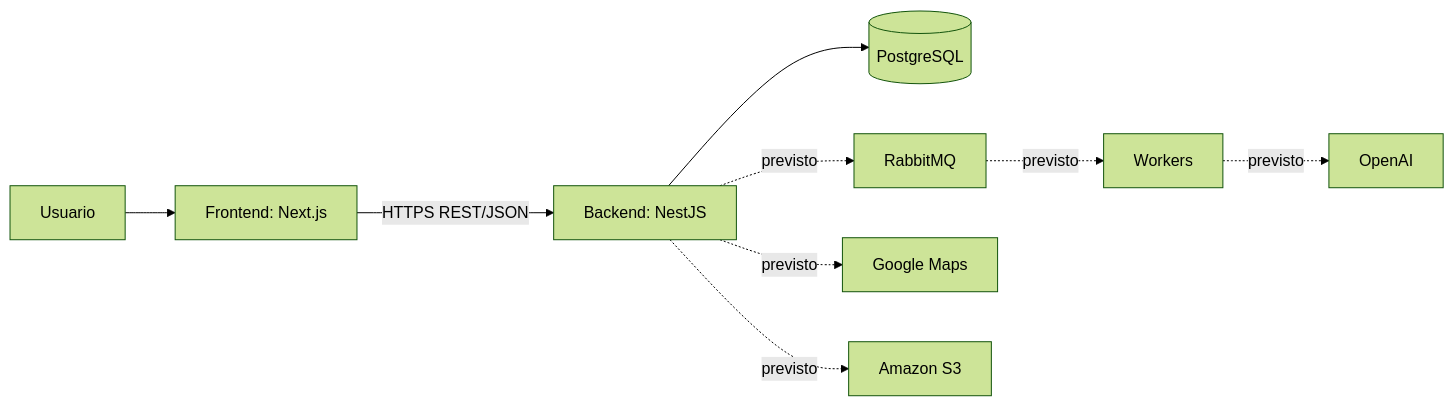
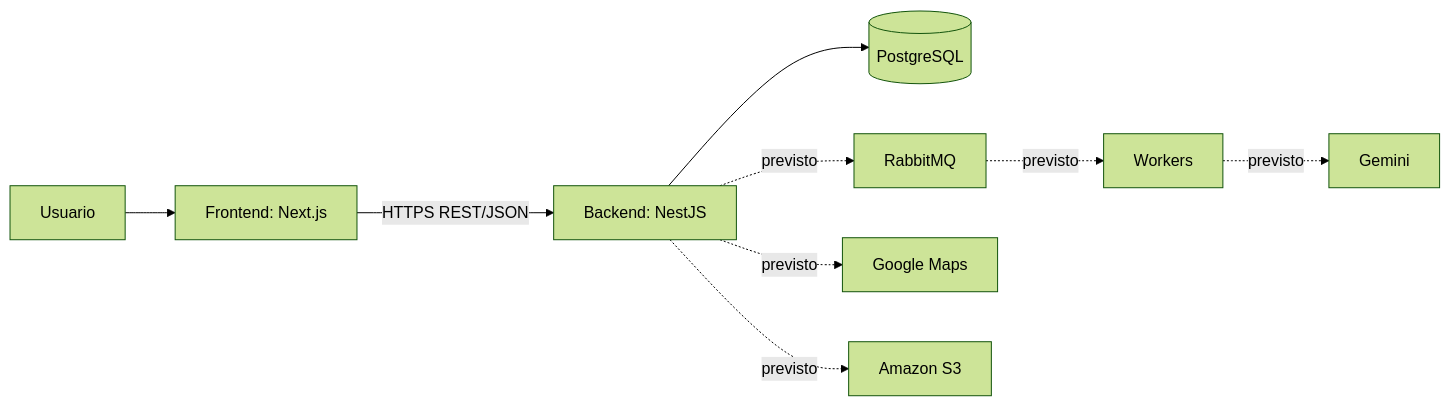
Before and after one commit to SmartPlan-UTN/SmartPlan-back: the diagram in docs/arquitectura.md, drawn with Mermaid (forest theme). The commit also changed other lines of this file and 15 other files, not shown here.

First line of the commit message:
Retirar OpenAI del repo: Gemini como único motor de IA (F10)

````diff
--- a/docs/arquitectura.md
+++ b/docs/arquitectura.md
@@ -12,11 +12,11 @@
 ```mermaid
 flowchart LR
     U[Usuario] --> FE[Frontend: Next.js]
     FE -->|HTTPS REST/JSON| BE[Backend: NestJS]
     BE --> DB[(PostgreSQL)]
     BE -. previsto .-> MQ[RabbitMQ]
     MQ -. previsto .-> W[Workers]
     BE -. previsto .-> GM[Google Maps]
-    W -. previsto .-> AI[OpenAI]
+    W -. previsto .-> AI[Gemini]
     BE -. previsto .-> S3[Amazon S3]
 ```
````
